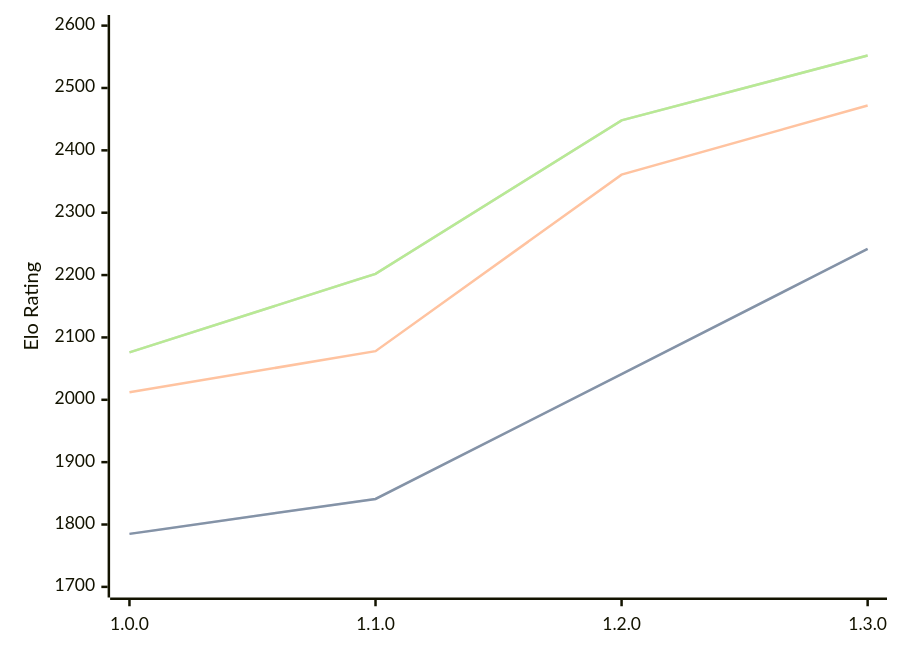
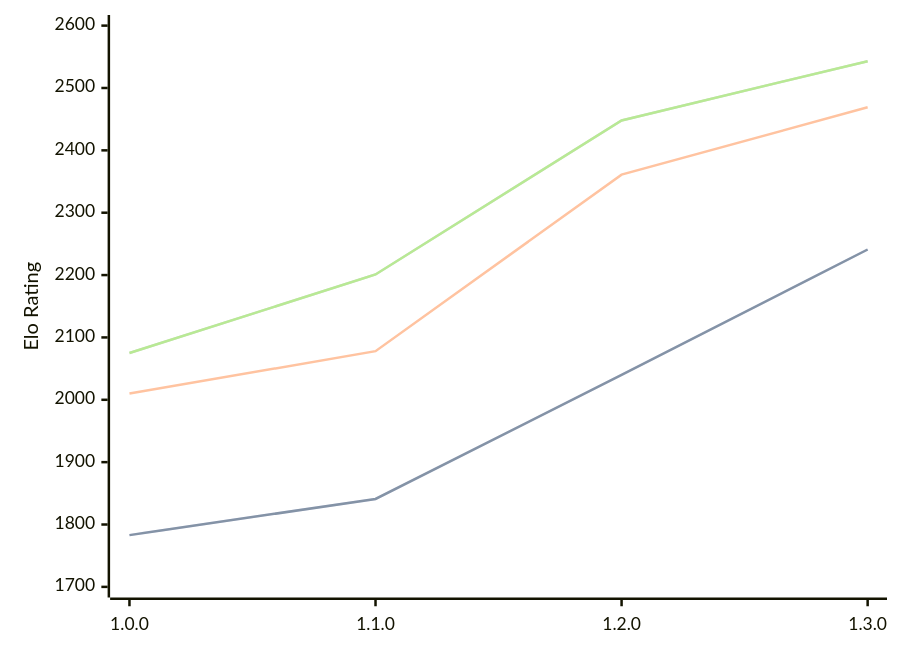
Before and after one commit to computer-chess-index/cci: the diagram in engines/Anodos.md, drawn with Mermaid. The commit also changed other lines of this file, not shown here.

Commit message:
Update CCI Ratings (ELO VLTC) - 2026-02-28

````diff
--- a/engines/Anodos.md
+++ b/engines/Anodos.md
@@ -43,11 +43,11 @@
 ```mermaid
 %%{init: {"theme":"base","themeVariables":{"seriesColors:['#a3a3a3','#222221','#faa371']}}}%%
 xychart-beta
   x-axis ["1.0.0", "1.1.0", "1.2.0", "1.3.0"]
   y-axis "Elo Rating" 1700 --> 2600
-  line "STC (8.0+0.08s)" [1785, 1841, 2041, 2242]
-  line "STC (8.0+0.08s)" [1785, 1841, 2041, 2242]
-  line "LTC (60.0+0.60s)" [2012, 2078, 2361, 2472]
-  line "VLTC (2m24s+1.12s)" [2076, 2202, 2448, 2552]
-  line "VLTC (2m24s+1.12s)" [2076, 2202, 2448, 2552]
+  line "STC (8.0+0.08s)" [1783, 1841, 2040, 2241]
+  line "STC (8.0+0.08s)" [1783, 1841, 2040, 2241]
+  line "LTC (60.0+0.60s)" [2010, 2078, 2361, 2469]
+  line "VLTC (2m24s+1.12s)" [2075, 2201, 2448, 2543]
+  line "VLTC (2m24s+1.12s)" [2075, 2201, 2448, 2543]
 ```
````
